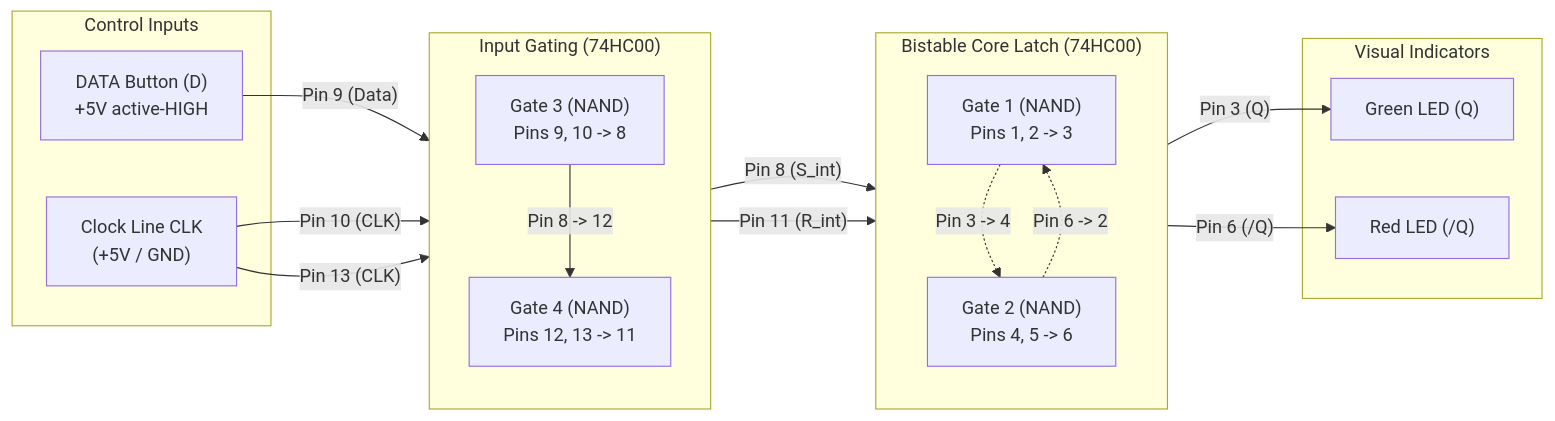
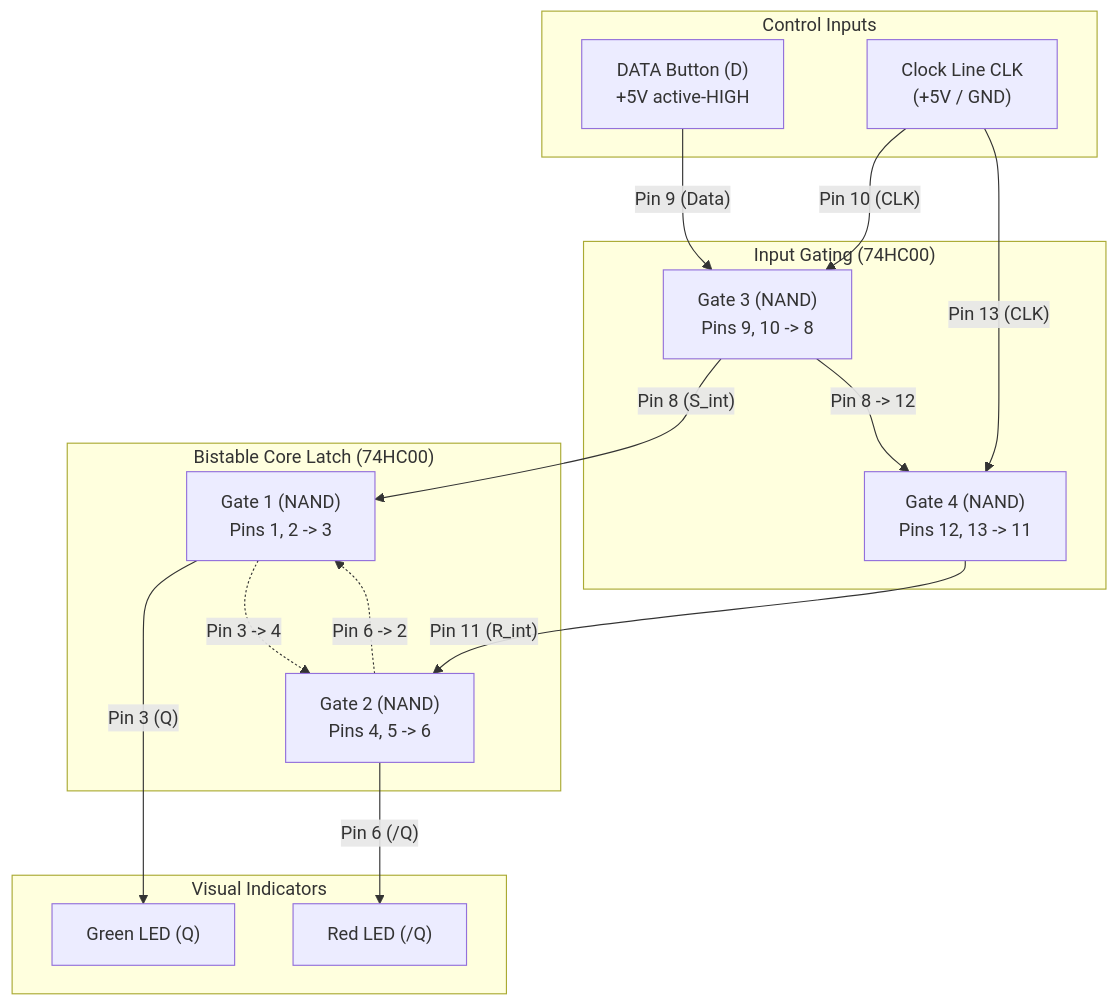
The diagram in 08-d-latch-74hc00/README.md (d1amantelz/electronics-lab), drawn with Mermaid before and after one commit.

Commit message:
style(d-latch): switch mermaid flow to top-down for optimal readability

````diff
--- a/08-d-latch-74hc00/README.md
+++ b/08-d-latch-74hc00/README.md
@@ -28,38 +28,36 @@
 ```mermaid
-flowchart LR
+flowchart TD
     subgraph Controls ["Control Inputs"]
         D_IN["DATA Button (D)<br/>+5V active-HIGH"]
         CLK_IN["Clock Line CLK<br/>(+5V / GND)"]
     end
 
     subgraph Gating ["Input Gating (74HC00)"]
-        direction TB
         NAND3["Gate 3 (NAND)<br/>Pins 9, 10 -> 8"]
         NAND4["Gate 4 (NAND)<br/>Pins 12, 13 -> 11"]
     end
 
     subgraph Memory ["Bistable Core Latch (74HC00)"]
-        direction TB
         NAND1["Gate 1 (NAND)<br/>Pins 1, 2 -> 3"]
         NAND2["Gate 2 (NAND)<br/>Pins 4, 5 -> 6"]
     end
 
     subgraph Outputs ["Visual Indicators"]
         LED_Q["Green LED (Q)"]
         LED_NQ["Red LED (/Q)"]
     end
 
     D_IN -->|"Pin 9 (Data)"| NAND3
     CLK_IN -->|"Pin 10 (CLK)"| NAND3
     CLK_IN -->|"Pin 13 (CLK)"| NAND4
 
     NAND3 -->|"Pin 8 (S_int)"| NAND1
     NAND3 -->|"Pin 8 -> 12"| NAND4
     NAND4 -->|"Pin 11 (R_int)"| NAND2
 
     NAND1 -->|"Pin 3 (Q)"| LED_Q
     NAND2 -->|"Pin 6 (/Q)"| LED_NQ
 
     NAND1 -.->|"Pin 3 -> 4"| NAND2
     NAND2 -.->|"Pin 6 -> 2"| NAND1
 ```
````
